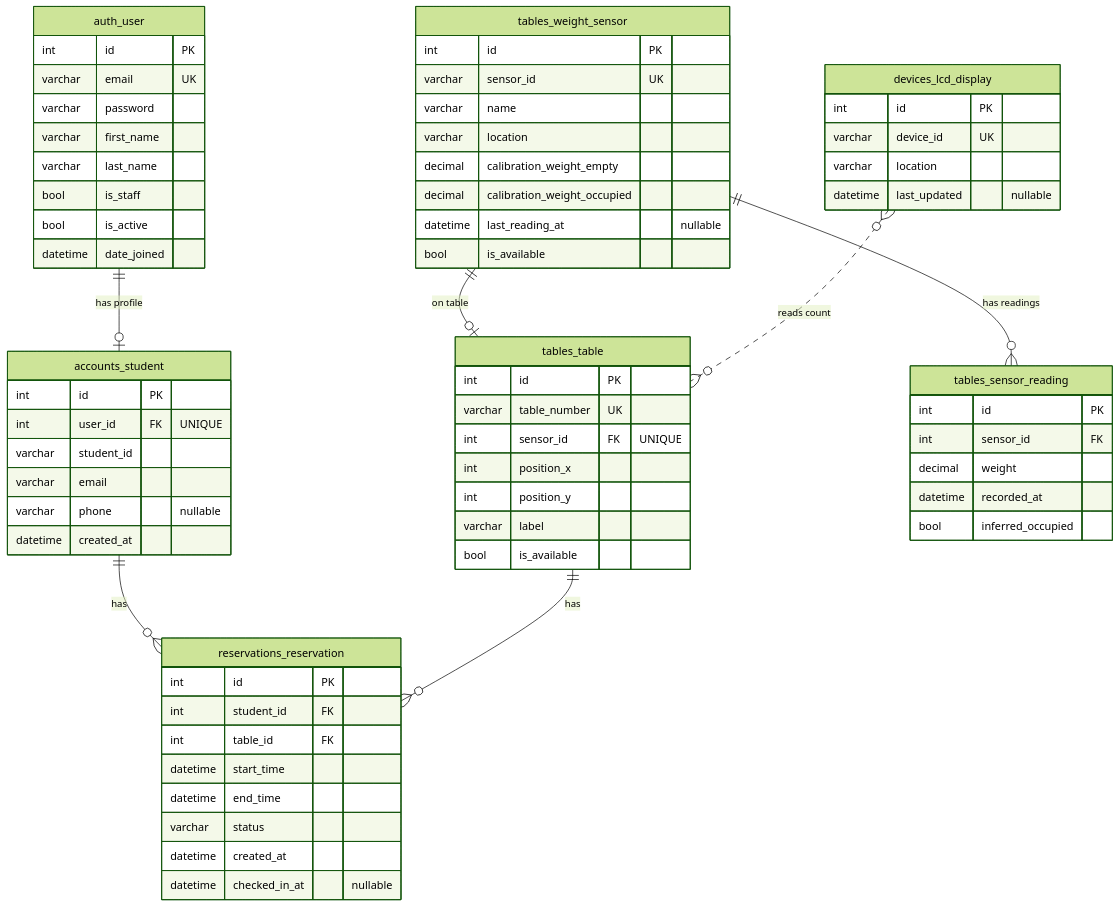
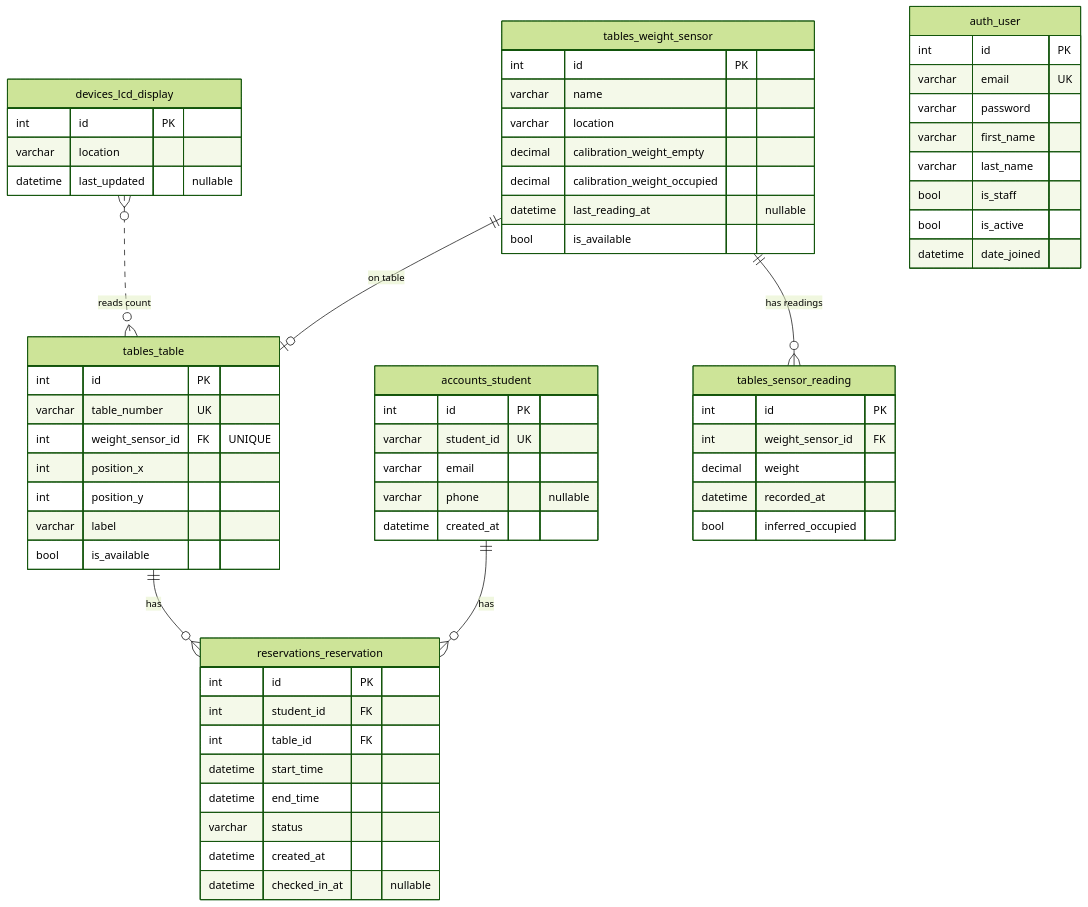
Before and after one commit to LinThitHtwe/Capstone_backend: the diagram in docs/ERD.md, drawn with Mermaid (forest theme). The commit also changed other lines of this file, not shown here.

Commit message:
update ERD

````diff
--- a/docs/ERD.md
+++ b/docs/ERD.md
@@ -9,76 +7,72 @@
 ```mermaid
 erDiagram
-    auth_user ||--o| accounts_student : "has profile"
     accounts_student ||--o{ reservations_reservation : "has"
     tables_table ||--o{ reservations_reservation : "has"
     tables_weight_sensor ||--o| tables_table : "on table"
     tables_weight_sensor ||--o{ tables_sensor_reading : "has readings"
     devices_lcd_display }o..o{ tables_table : "reads count"
 
     auth_user {
         int id PK
         varchar email UK
         varchar password
         varchar first_name
         varchar last_name
         bool is_staff
         bool is_active
         datetime date_joined
     }
 
     accounts_student {
         int id PK
-        int user_id FK "UNIQUE"
-        varchar student_id
+        varchar student_id UK
         varchar email
         varchar phone "nullable"
         datetime created_at
     }
 
     tables_weight_sensor {
         int id PK
-        varchar sensor_id UK
         varchar name
         varchar location
         decimal calibration_weight_empty
         decimal calibration_weight_occupied
         datetime last_reading_at "nullable"
         bool is_available
     }
 
     tables_sensor_reading {
         int id PK
-        int sensor_id FK
+        int weight_sensor_id FK
         decimal weight
         datetime recorded_at
         bool inferred_occupied
     }
 
     tables_table {
         int id PK
         varchar table_number UK
-        int sensor_id FK "UNIQUE"
+        int weight_sensor_id FK "UNIQUE"
         int position_x
         int position_y
         varchar label
         bool is_available
     }
 
     reservations_reservation {
         int id PK
         int student_id FK
         int table_id FK
         datetime start_time
         datetime end_time
         varchar status
         datetime created_at
         datetime checked_in_at "nullable"
     }
 
     devices_lcd_display {
         int id PK
-        varchar device_id UK
         varchar location
         datetime last_updated "nullable"
     }
 ```
````
